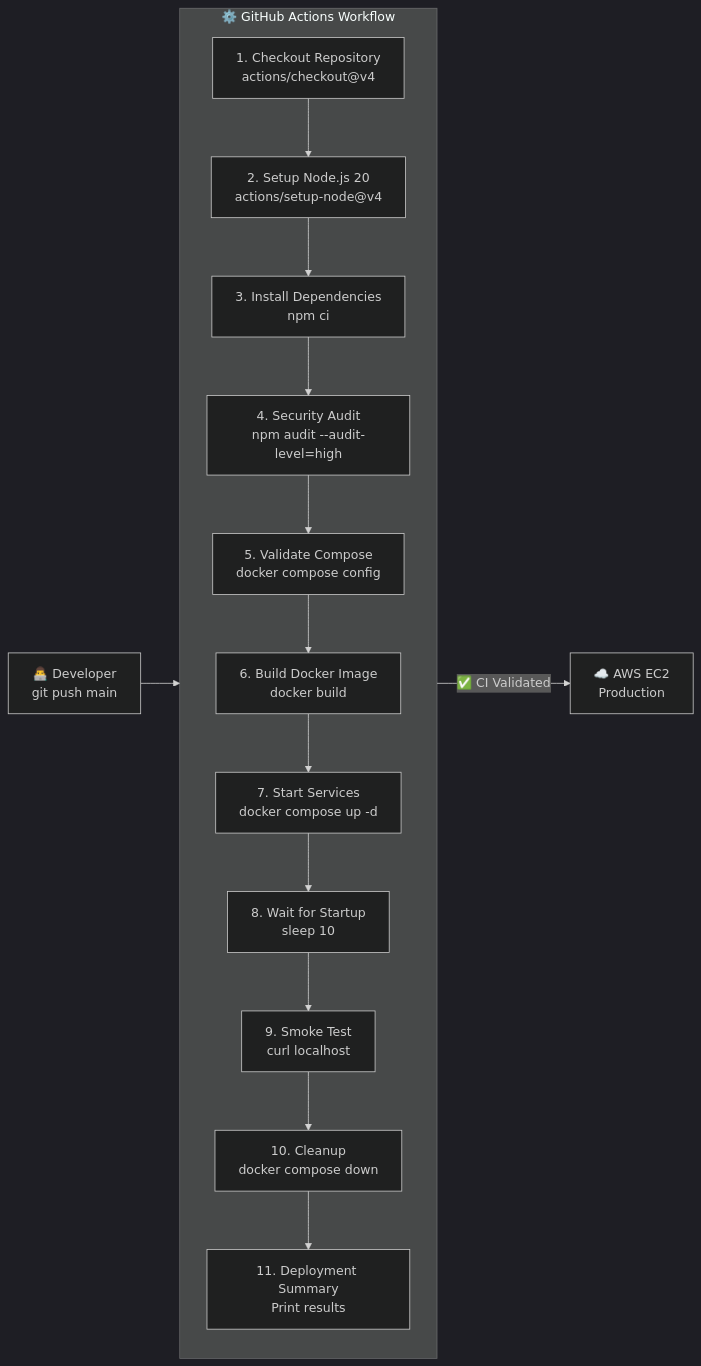
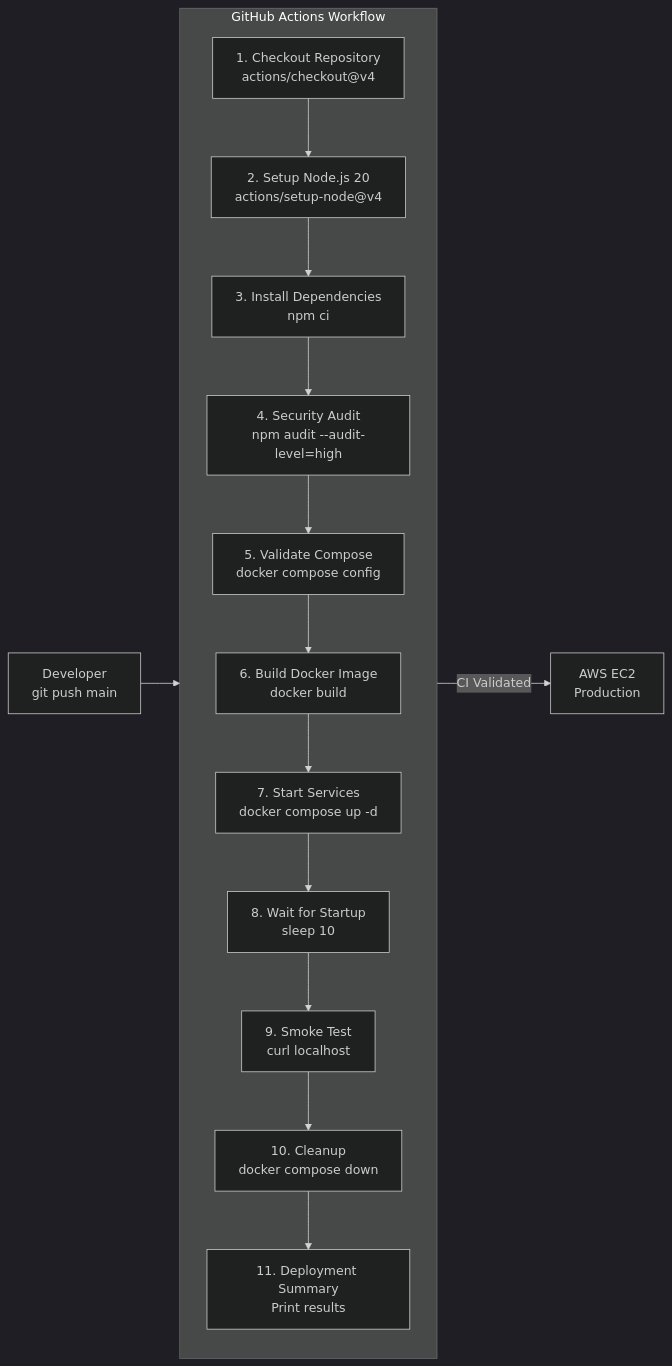
One commit to Harshit-Evalutation/node-web-app changed the third of 5 diagrams in docs/architecture.md. Above: the diagram before and after it, drawn with Mermaid (dark theme). The commit also changed other lines of this file and 6 other files, not shown here.

````diff
--- a/docs/architecture.md
+++ b/docs/architecture.md
@@ -78,23 +81,23 @@
 ```mermaid
 flowchart LR
-    Dev["👨‍💻 Developer<br/>git push main"] --> GHA
+    Dev["Developer<br/>git push main"] --> GHA
 
-    subgraph GHA["⚙️ GitHub Actions Workflow"]
+    subgraph GHA["GitHub Actions Workflow"]
         direction TB
         S1["1. Checkout Repository<br/>actions/checkout@v4"]
         S2["2. Setup Node.js 20<br/>actions/setup-node@v4"]
         S3["3. Install Dependencies<br/>npm ci"]
         S4["4. Security Audit<br/>npm audit --audit-level=high"]
         S5["5. Validate Compose<br/>docker compose config"]
         S6["6. Build Docker Image<br/>docker build"]
         S7["7. Start Services<br/>docker compose up -d"]
         S8["8. Wait for Startup<br/>sleep 10"]
         S9["9. Smoke Test<br/>curl localhost"]
         S10["10. Cleanup<br/>docker compose down"]
         S11["11. Deployment Summary<br/>Print results"]
 
         S1-->S2-->S3-->S4-->S5-->S6-->S7-->S8-->S9-->S10-->S11
     end
 
-    GHA -->|"✅ CI Validated"| EC2["☁️ AWS EC2<br/>Production"]
+    GHA -->|"CI Validated"| EC2["AWS EC2<br/>Production"]
 ```
````
